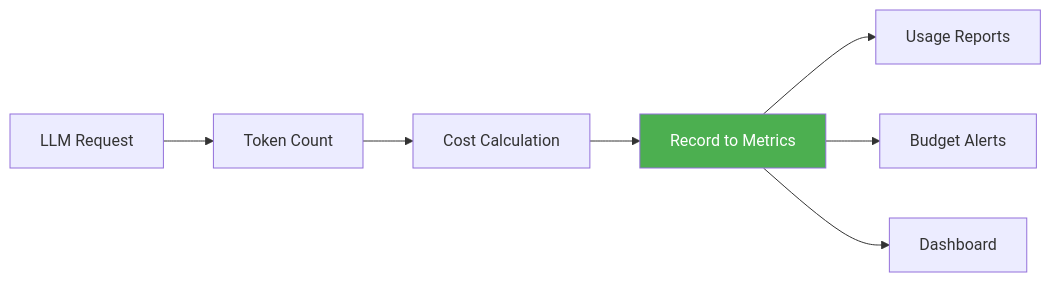
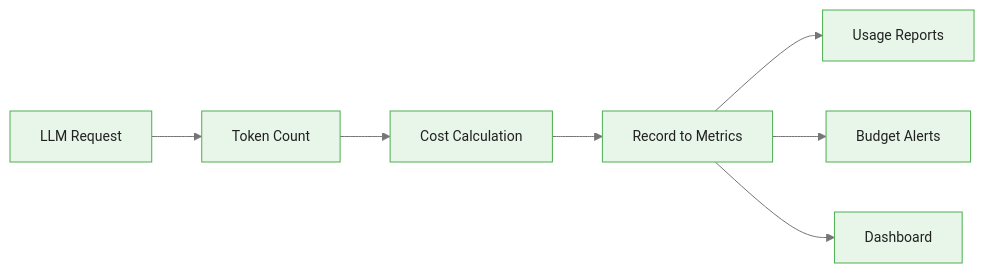
One commit to m-deane/course-creator changed the second of 3 diagrams in courses/dataiku-genai/modules/module_00_llm_mesh/guides/03_governance_slides.md. Above: the diagram before and after it, drawn with Mermaid. The commit also changed other lines of this file and 54 other files, not shown here.

````diff
--- a/courses/dataiku-genai/modules/module_00_llm_mesh/guides/03_governance_slides.md
+++ b/courses/dataiku-genai/modules/module_00_llm_mesh/guides/03_governance_slides.md
@@ -175,11 +174,10 @@
 ```mermaid
+%%{init: {"theme": "base", "themeVariables": {"primaryColor": "#e8f5e9", "primaryBorderColor": "#4caf50", "primaryTextColor": "#212121", "secondaryColor": "#e3f2fd", "tertiaryColor": "#fff8e1", "lineColor": "#757575", "fontFamily": "Inter, sans-serif", "fontSize": "14px"}}}%%
 flowchart LR
     A[LLM Request] --> B[Token Count]
     B --> C[Cost Calculation]
     C --> D[Record to Metrics]
     D --> E[Usage Reports]
     D --> F[Budget Alerts]
     D --> G[Dashboard]
-
-    style D fill:#4CAF50,color:#fff
 ```
````
